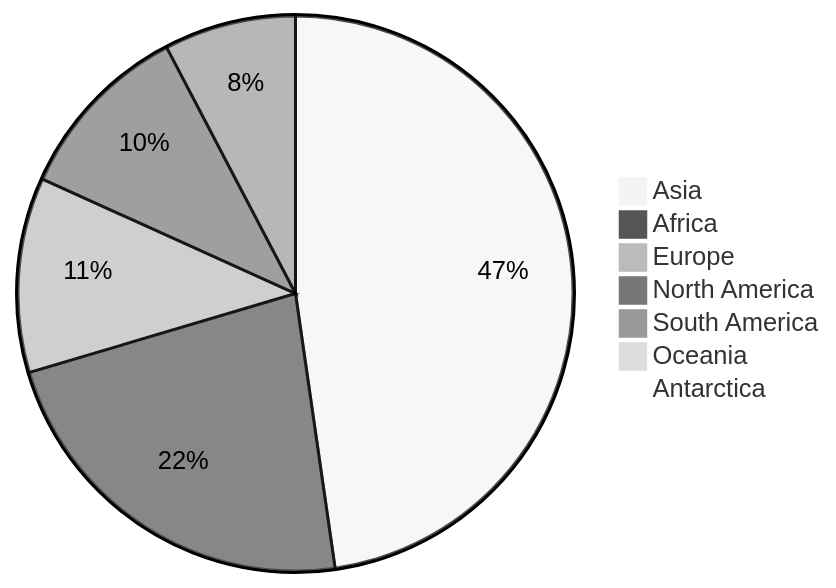
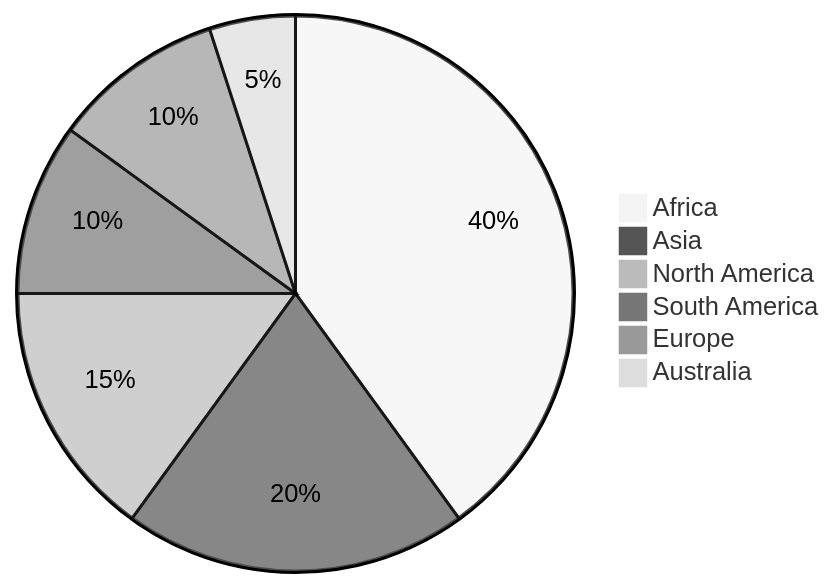
The fifth of 8 diagrams in docs/Workflows-with-LLM-functions_woven.md (antononcube/Raku-LLM-Functions), drawn with Mermaid (neutral theme) before and after one commit. The commit also changed other lines of this file and 1 other file, not shown here.

````diff
--- a/docs/Workflows-with-LLM-functions_woven.md
+++ b/docs/Workflows-with-LLM-functions_woven.md
@@ -805,10 +830,9 @@
 ```mermaid
-pie 
-    "Asia" : 42.9
-    "Africa" : 20.4
-    "Europe" : 10.2
-    "North America" : 9.5
-    "South America" : 6.9
-    "Oceania" : 0.8
-    "Antarctica" : 0.2
+pie
+    "Africa" : 40
+    "Asia" : 20
+    "North America" : 15
+    "South America" : 10
+    "Europe" : 10
+    "Australia" : 5
 ```
````
